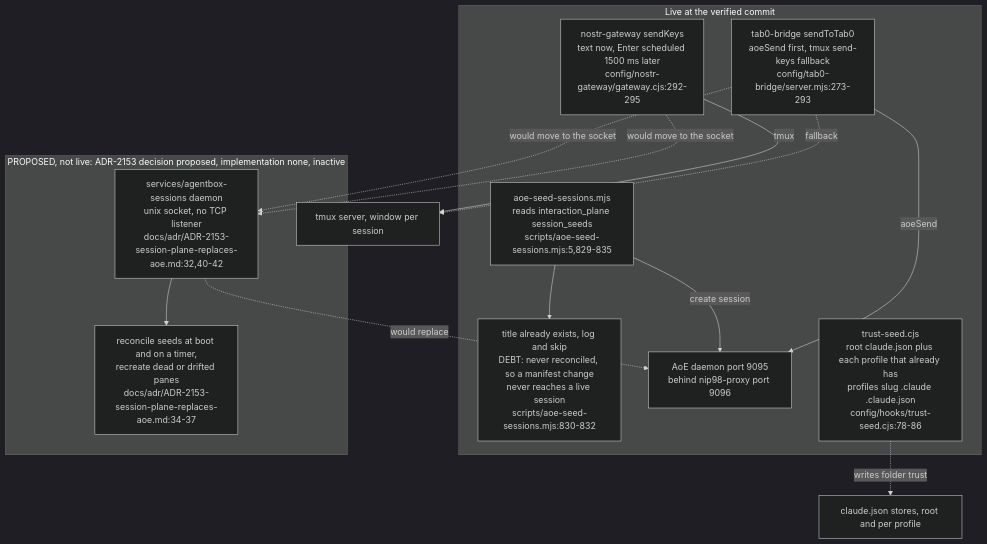
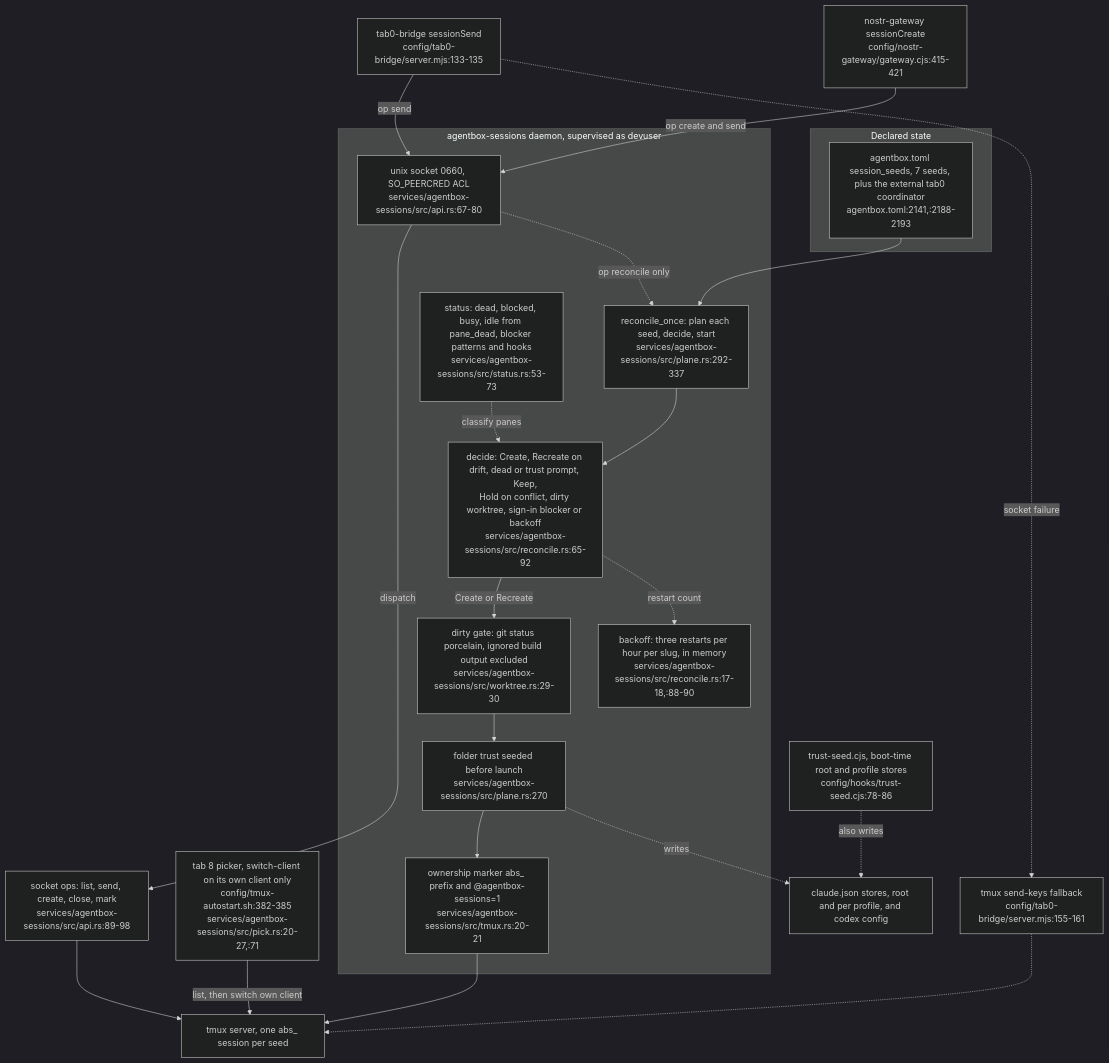
Diagram 12 of 12 in docs/diagrams/agentbox/12-tab0-bridge-and-interaction-plane.md (DreamLab-AI/VisionFlow), drawn with Mermaid (dark theme) before and after one commit. The commit also changed other lines of this file and 145 other files, not shown here.

````diff
--- a/docs/diagrams/agentbox/12-tab0-bridge-and-interaction-plane.md
+++ b/docs/diagrams/agentbox/12-tab0-bridge-and-interaction-plane.md
@@ -525,25 +523,43 @@
 ```mermaid
 flowchart TB
-    subgraph LIVE["Live at the verified commit"]
-        SEED["aoe-seed-sessions.mjs<br/>reads interaction_plane session_seeds<br/>scripts/aoe-seed-sessions.mjs:5,829-835"]
-        SKIP["title already exists, log and skip<br/>DEBT: never reconciled, so a manifest change<br/>never reaches a live session<br/>scripts/aoe-seed-sessions.mjs:830-832"]
-        AOE["AoE daemon port 9095<br/>behind nip98-proxy port 9096"]
-        TB["tab0-bridge sendToTab0<br/>aoeSend first, tmux send-keys fallback<br/>config/tab0-bridge/server.mjs:273-293"]
-        GW["nostr-gateway sendKeys<br/>text now, Enter scheduled 1500 ms later<br/>config/nostr-gateway/gateway.cjs:292-295"]
-        TS["trust-seed.cjs<br/>root claude.json plus each profile that already has<br/>profiles slug .claude .claude.json<br/>config/hooks/trust-seed.cjs:78-86"]
+    subgraph DECL["Declared state"]
+        MAN["agentbox.toml session_seeds, 7 seeds, plus the external tab0 coordinator<br/>agentbox.toml:2141,:2188-2193"]
     end
-    subgraph PROP["PROPOSED, not live: ADR-2153 decision proposed, implementation none, inactive"]
-        PL["services/agentbox-sessions daemon<br/>unix socket, no TCP listener<br/>docs/adr/ADR-2153-session-plane-replaces-aoe.md:32,40-42"]
-        RC["reconcile seeds at boot and on a timer,<br/>recreate dead or drifted panes<br/>docs/adr/ADR-2153-session-plane-replaces-aoe.md:34-37"]
+    subgraph DAEMON["agentbox-sessions daemon, supervised as devuser"]
+        REC["reconcile_once: plan each seed, decide, start<br/>services/agentbox-sessions/src/plane.rs:292-337"]
+        DEC["decide: Create, Recreate on drift, dead or trust prompt, Keep,<br/>Hold on conflict, dirty worktree, sign-in blocker or backoff<br/>services/agentbox-sessions/src/reconcile.rs:65-92"]
+        DIRTY["dirty gate: git status porcelain, ignored build output excluded<br/>services/agentbox-sessions/src/worktree.rs:29-30"]
+        BACK["backoff: three restarts per hour per slug, in memory<br/>services/agentbox-sessions/src/reconcile.rs:17-18,:88-90"]
+        TRUST["folder trust seeded before launch<br/>services/agentbox-sessions/src/plane.rs:270"]
+        OWN["ownership marker abs_ prefix and @agentbox-sessions=1<br/>services/agentbox-sessions/src/tmux.rs:20-21"]
+        STAT["status: dead, blocked, busy, idle from pane_dead, blocker patterns and hooks<br/>services/agentbox-sessions/src/status.rs:53-73"]
+        SOCK["unix socket 0660, SO_PEERCRED ACL<br/>services/agentbox-sessions/src/api.rs:67-80"]
     end
-    SEED --> SKIP
-    SEED -->|create session| AOE
-    TB -->|aoeSend| AOE
-    GW -->|tmux| TMUX["tmux server, window per session"]
-    TB -.->|fallback| TMUX
-    TS -.->|writes folder trust| STORES["claude.json stores, root and per profile"]
-    PL -.->|would replace| AOE
-    PL --> RC
-    TB -.->|would move to the socket| PL
-    GW -.->|would move to the socket| PL
+    TMUX["tmux server, one abs_ session per seed"]
+    PICK["tab 8 picker, switch-client on its own client only<br/>config/tmux-autostart.sh:382-385<br/>services/agentbox-sessions/src/pick.rs:20-27,:71"]
+    OPS["socket ops: list, send, create, close, mark<br/>services/agentbox-sessions/src/api.rs:89-98"]
+    STORES["claude.json stores, root and per profile, and codex config"]
+    TB["tab0-bridge sessionSend<br/>config/tab0-bridge/server.mjs:133-135"]
+    GW["nostr-gateway sessionCreate<br/>config/nostr-gateway/gateway.cjs:415-421"]
+    FB["tmux send-keys fallback<br/>config/tab0-bridge/server.mjs:155-161"]
+    TS["trust-seed.cjs, boot-time root and profile stores<br/>config/hooks/trust-seed.cjs:78-86"]
+
+    MAN --> REC
+    REC --> DEC
+    DEC -->|Create or Recreate| DIRTY
+    DIRTY --> TRUST
+    TRUST --> OWN
+    OWN --> TMUX
+    DEC -.->|restart count| BACK
+    STAT -.->|classify panes| DEC
+    TB -->|op send| SOCK
+    GW -->|op create and send| SOCK
+    SOCK -->|dispatch| OPS
+    OPS --> TMUX
+    SOCK -.->|op reconcile only| REC
+    TB -.->|socket failure| FB
+    FB -.-> TMUX
+    PICK -->|list, then switch own client| TMUX
+    TRUST -.->|writes| STORES
+    TS -.->|also writes| STORES
 ```
````
